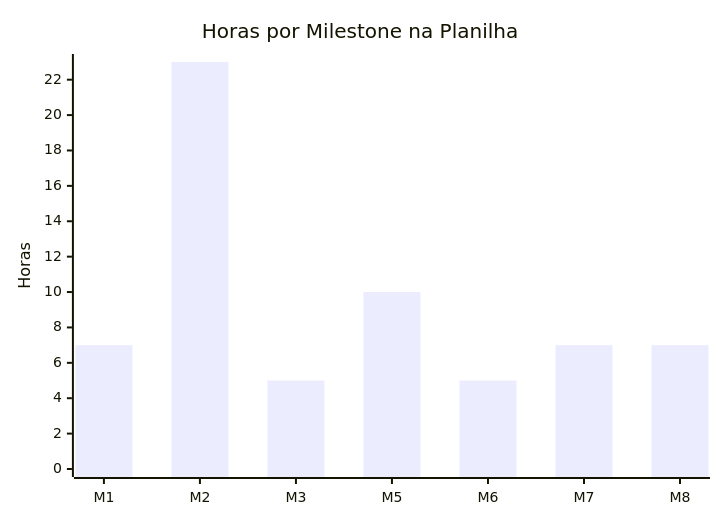
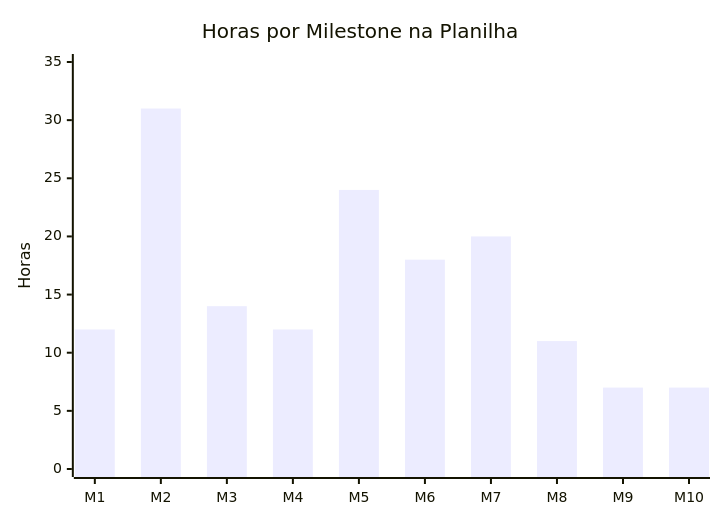
The seventh of 14 diagrams in docs/metricas/GRAFICOS_GITHUB.md (RafaelTeixeira1/padraocerto), drawn with Mermaid before and after one commit. The commit also changed other lines of this file, not shown here.

````diff
--- a/docs/metricas/GRAFICOS_GITHUB.md
+++ b/docs/metricas/GRAFICOS_GITHUB.md
@@ -307,7 +307,7 @@
 ```mermaid
 xychart-beta
   title "Horas por Milestone na Planilha"
-  x-axis ["M1", "M2", "M3", "M5", "M6", "M7", "M8"]
-  y-axis "Horas" 0 --> 23
-  bar [7, 23, 5, 10, 5, 7, 7]
+  x-axis ["M1", "M2", "M3", "M4", "M5", "M6", "M7", "M8", "M9", "M10"]
+  y-axis "Horas" 0 --> 35
+  bar [12, 31, 14, 12, 24, 18, 20, 11, 7, 7]
 ```
````
